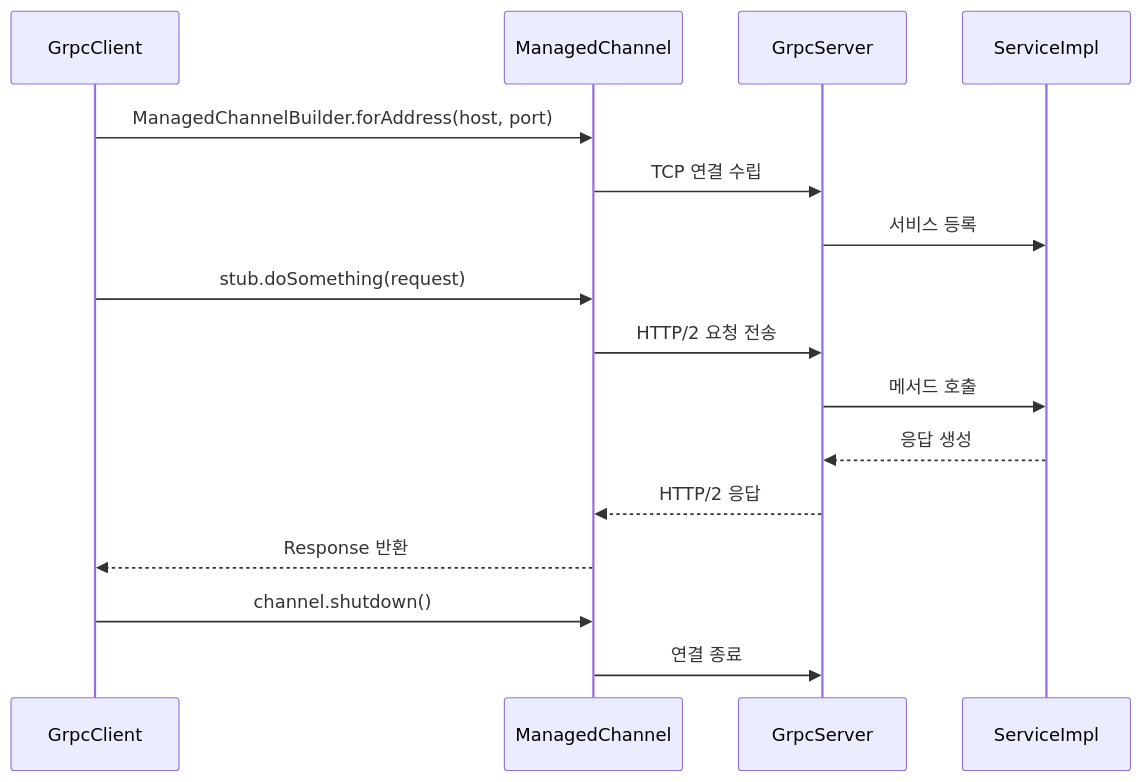
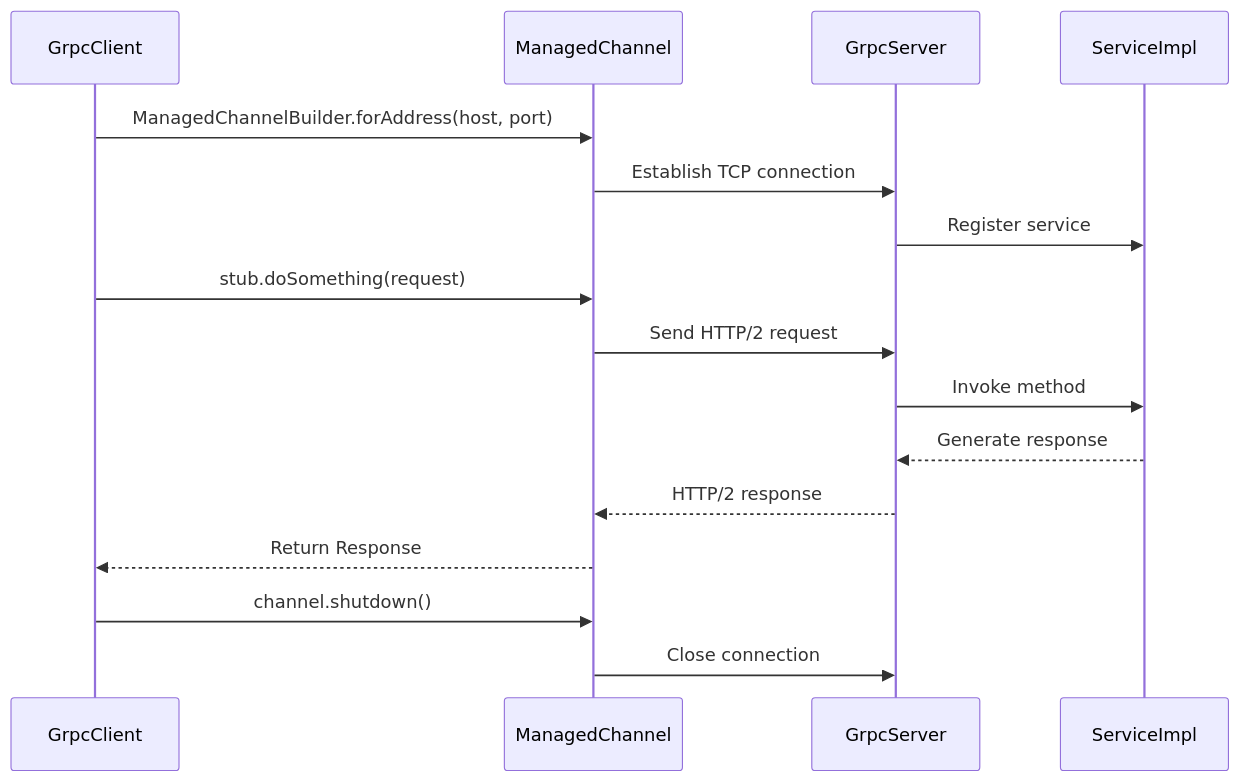
Before and after one commit to bluetape4k/bluetape4k-projects: the second of 3 diagrams in io/grpc/README.md, drawn with Mermaid. The commit also changed other lines of this file and 265 other files, not shown here.

````diff
--- a/io/grpc/README.md
+++ b/io/grpc/README.md
@@ -186,21 +188,21 @@
 ```mermaid
 sequenceDiagram
     participant C as GrpcClient
     participant CH as ManagedChannel
     participant S as GrpcServer
     participant SVC as ServiceImpl
 
     C->>CH: ManagedChannelBuilder.forAddress(host, port)
-    CH->>S: TCP 연결 수립
-    S->>SVC: 서비스 등록
+    CH->>S: Establish TCP connection
+    S->>SVC: Register service
 
     C->>CH: stub.doSomething(request)
-    CH->>S: HTTP/2 요청 전송
-    S->>SVC: 메서드 호출
-    SVC-->>S: 응답 생성
-    S-->>CH: HTTP/2 응답
-    CH-->>C: Response 반환
+    CH->>S: Send HTTP/2 request
+    S->>SVC: Invoke method
+    SVC-->>S: Generate response
+    S-->>CH: HTTP/2 response
+    CH-->>C: Return Response
 
     C->>CH: channel.shutdown()
-    CH->>S: 연결 종료
+    CH->>S: Close connection
 ```
````
